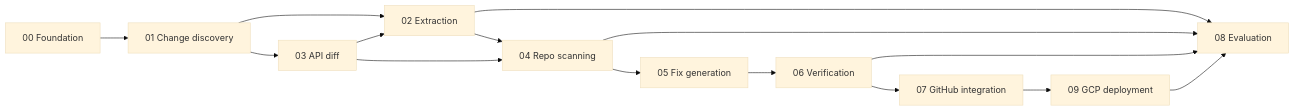
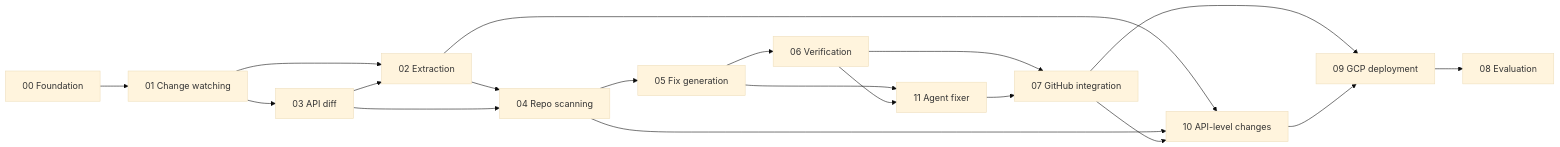
One commit to kavish924/API_agent changed the diagram in specs/README.md. Above: the diagram before and after it, drawn with Mermaid (base theme). The commit also changed other lines of this file and 17 other files, not shown here.

````diff
--- a/specs/README.md
+++ b/specs/README.md
@@ -129,15 +134,20 @@
 ```mermaid
 flowchart LR
-    S00["00 Foundation"] --> S01["01 Change discovery"]
+    S00["00 Foundation"] --> S01["01 Change watching"]
     S01 --> S03["03 API diff"]
     S01 --> S02["02 Extraction"]
     S03 --> S02
     S02 --> S04["04 Repo scanning"]
     S03 --> S04
     S04 --> S05["05 Fix generation"] --> S06["06 Verification"]
-    S06 --> S07["07 GitHub integration"] --> S09["09 GCP deployment"]
-    S02 --> S08["08 Evaluation"]
-    S04 --> S08
-    S06 --> S08
-    S09 --> S08
+    S05 --> S11["11 Agent fixer"]
+    S06 --> S11
+    S06 --> S07["07 GitHub integration"]
+    S11 --> S07
+    S02 --> S10["10 API-level changes"]
+    S04 --> S10
+    S07 --> S10
+    S07 --> S09["09 GCP deployment"]
+    S10 --> S09
+    S09 --> S08["08 Evaluation"]
 ```
````
